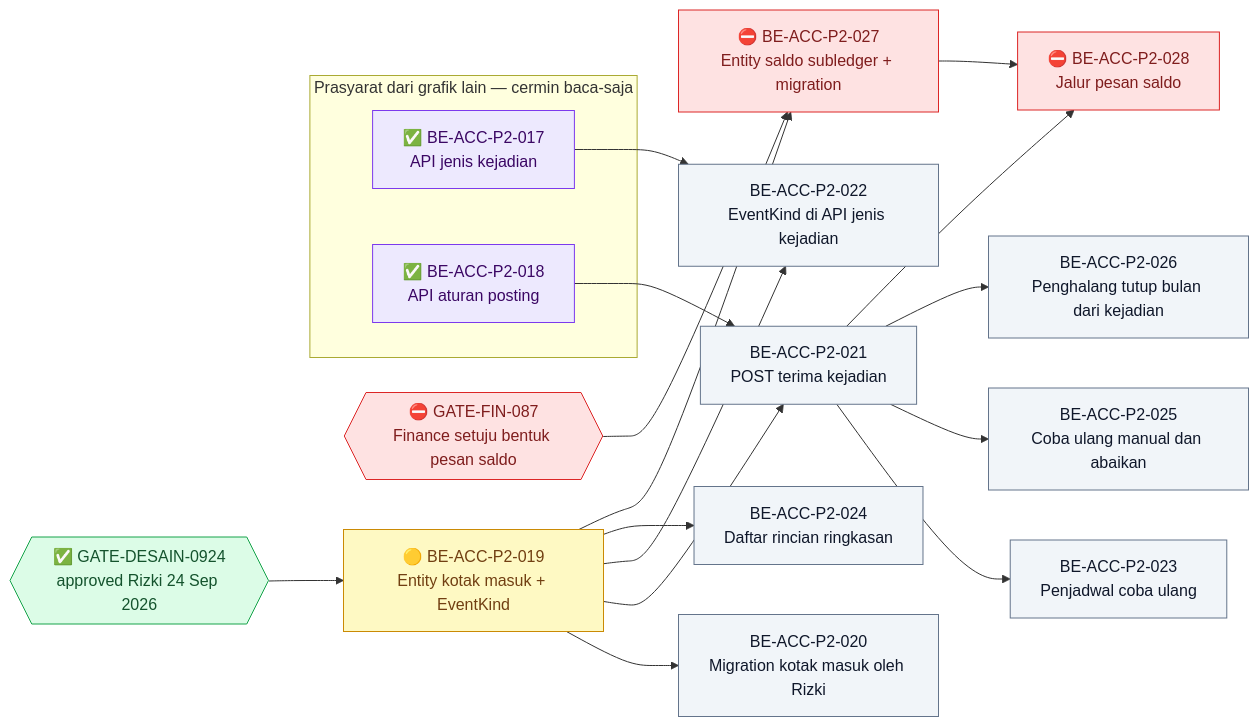
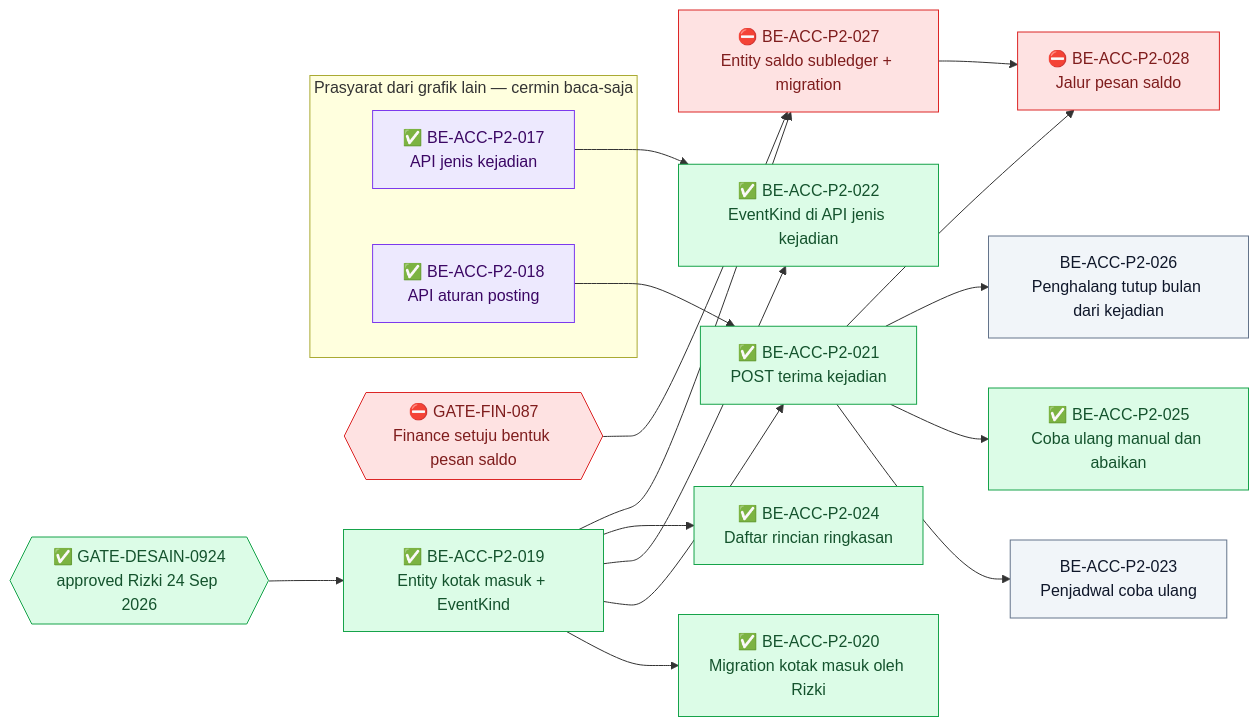
The fourth of 4 diagrams in docs/module-blueprints/accounting/roadmap/backend-roadmap-phase2.md (DevBenari/NewQuilvianSystemBackend), drawn with Mermaid before and after one commit. The commit also changed other lines of this file and 19 other files, not shown here.

````diff
--- a/docs/module-blueprints/accounting/roadmap/backend-roadmap-phase2.md
+++ b/docs/module-blueprints/accounting/roadmap/backend-roadmap-phase2.md
@@ -691,42 +691,42 @@
 ```mermaid
 flowchart LR
     classDef selesai fill:#DCFCE7,stroke:#16A34A,color:#14532D
     classDef sebagian fill:#FEF9C3,stroke:#CA8A04,color:#713F12
     classDef terblokir fill:#FEE2E2,stroke:#DC2626,color:#7F1D1D
     classDef belum fill:#F1F5F9,stroke:#64748B,color:#0F172A
     classDef luar fill:#EDE9FE,stroke:#7C3AED,color:#3B0764
 
     subgraph cermin["Prasyarat dari grafik lain — cermin baca-saja"]
         MBEACCP2017["✅ BE-ACC-P2-017<br/>API jenis kejadian"]:::luar
         MBEACCP2018["✅ BE-ACC-P2-018<br/>API aturan posting"]:::luar
     end
 
     GDES{{"✅ GATE-DESAIN-0924<br/>approved Rizki 24 Sep 2026"}}:::selesai
     GFIN{{"⛔ GATE-FIN-087<br/>Finance setuju bentuk pesan saldo"}}:::terblokir
 
-    BEACCP2019["🟡 BE-ACC-P2-019<br/>Entity kotak masuk + EventKind"]:::sebagian
-    BEACCP2020["BE-ACC-P2-020<br/>Migration kotak masuk oleh Rizki"]:::belum
-    BEACCP2021["BE-ACC-P2-021<br/>POST terima kejadian"]:::belum
-    BEACCP2022["BE-ACC-P2-022<br/>EventKind di API jenis kejadian"]:::belum
+    BEACCP2019["✅ BE-ACC-P2-019<br/>Entity kotak masuk + EventKind"]:::selesai
+    BEACCP2020["✅ BE-ACC-P2-020<br/>Migration kotak masuk oleh Rizki"]:::selesai
+    BEACCP2021["✅ BE-ACC-P2-021<br/>POST terima kejadian"]:::selesai
+    BEACCP2022["✅ BE-ACC-P2-022<br/>EventKind di API jenis kejadian"]:::selesai
     BEACCP2023["BE-ACC-P2-023<br/>Penjadwal coba ulang"]:::belum
-    BEACCP2024["BE-ACC-P2-024<br/>Daftar rincian ringkasan"]:::belum
-    BEACCP2025["BE-ACC-P2-025<br/>Coba ulang manual dan abaikan"]:::belum
+    BEACCP2024["✅ BE-ACC-P2-024<br/>Daftar rincian ringkasan"]:::selesai
+    BEACCP2025["✅ BE-ACC-P2-025<br/>Coba ulang manual dan abaikan"]:::selesai
     BEACCP2026["BE-ACC-P2-026<br/>Penghalang tutup bulan dari kejadian"]:::belum
     BEACCP2027["⛔ BE-ACC-P2-027<br/>Entity saldo subledger + migration"]:::terblokir
     BEACCP2028["⛔ BE-ACC-P2-028<br/>Jalur pesan saldo"]:::terblokir
 
     GDES --> BEACCP2019
     BEACCP2019 --> BEACCP2020
     BEACCP2019 --> BEACCP2021
     MBEACCP2018 --> BEACCP2021
     BEACCP2019 --> BEACCP2022
     MBEACCP2017 --> BEACCP2022
     BEACCP2021 --> BEACCP2023
     BEACCP2019 --> BEACCP2024
     BEACCP2021 --> BEACCP2025
     BEACCP2021 --> BEACCP2026
     GFIN --> BEACCP2027
     BEACCP2019 --> BEACCP2027
     BEACCP2021 --> BEACCP2028
     BEACCP2027 --> BEACCP2028
 ```
````
